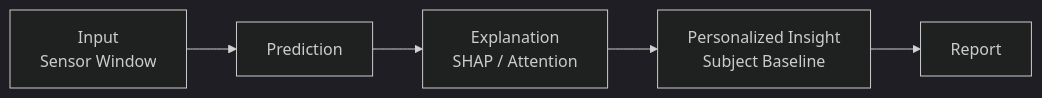
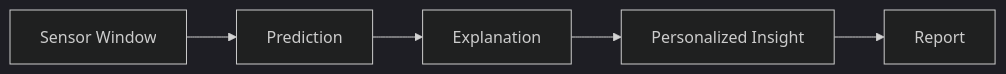
One commit to Sangamithraa077/Agentic-Fatigue-Fingerprinting changed the second of 2 diagrams in README.md. Above: the diagram before and after it, drawn with Mermaid (dark theme). The commit also changed other lines of this file, not shown here.

````diff
--- a/README.md
+++ b/README.md
@@ -205,7 +179,7 @@
 ```mermaid
 flowchart LR
-    A[Input<br/>Sensor Window] --> B[Prediction]
-    B --> C[Explanation<br/>SHAP / Attention]
-    C --> D[Personalized Insight<br/>Subject Baseline]
+    A[Sensor Window] --> B[Prediction]
+    B --> C[Explanation]
+    C --> D[Personalized Insight]
     D --> E[Report]
 ```
````
